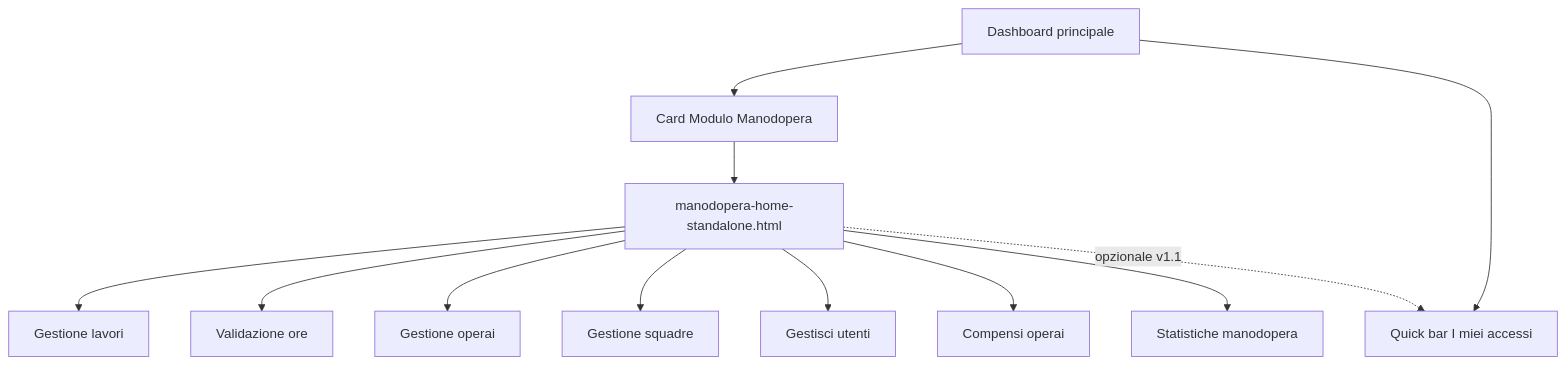
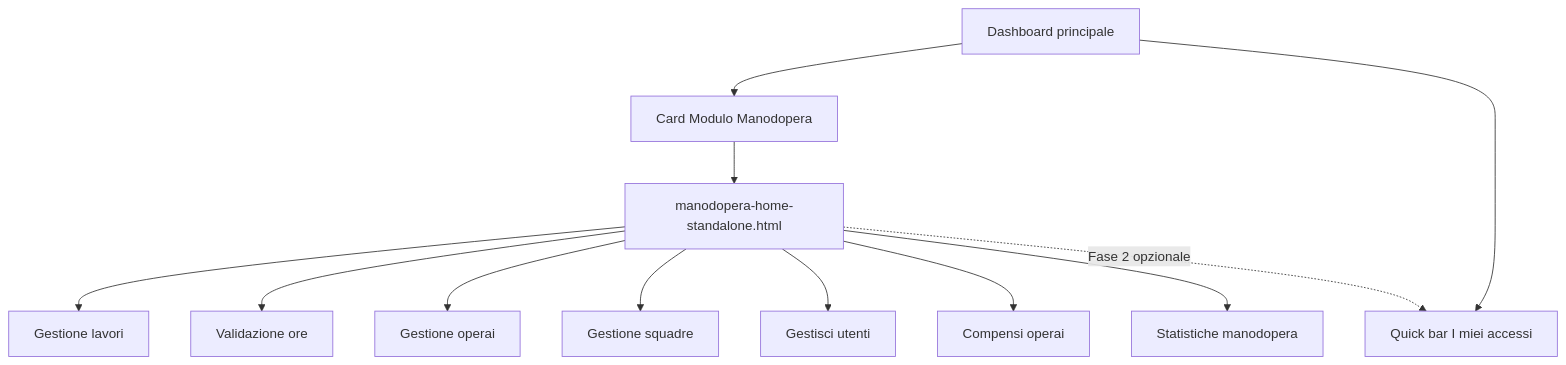
The diagram in docs-sviluppo/manodopera/PLAN_HUB_MODULO_MANODOPERA.md (VitaraDragon/gfv-platform), drawn with Mermaid before and after one commit. The commit also changed other lines of this file and 22 other files, not shown here.

````diff
--- a/docs-sviluppo/manodopera/PLAN_HUB_MODULO_MANODOPERA.md
+++ b/docs-sviluppo/manodopera/PLAN_HUB_MODULO_MANODOPERA.md
@@ -258,27 +273,27 @@
 ```mermaid
 flowchart TB
   D[Dashboard principale]
   M[Card Modulo Manodopera]
   H[manodopera-home-standalone.html]
   GL[Gestione lavori]
   VO[Validazione ore]
   GO[Gestione operai]
   GS[Gestione squadre]
   GU[Gestisci utenti]
   CO[Compensi operai]
   ST[Statistiche manodopera]
 
   D --> M
   M --> H
   H --> GL
   H --> VO
   H --> GO
   H --> GS
   H --> GU
   H --> CO
   H --> ST
 
   QB[Quick bar I miei accessi]
   D --> QB
-  H -.->|opzionale v1.1| QB
+  H -.->|Fase 2 opzionale| QB
 ```
````
